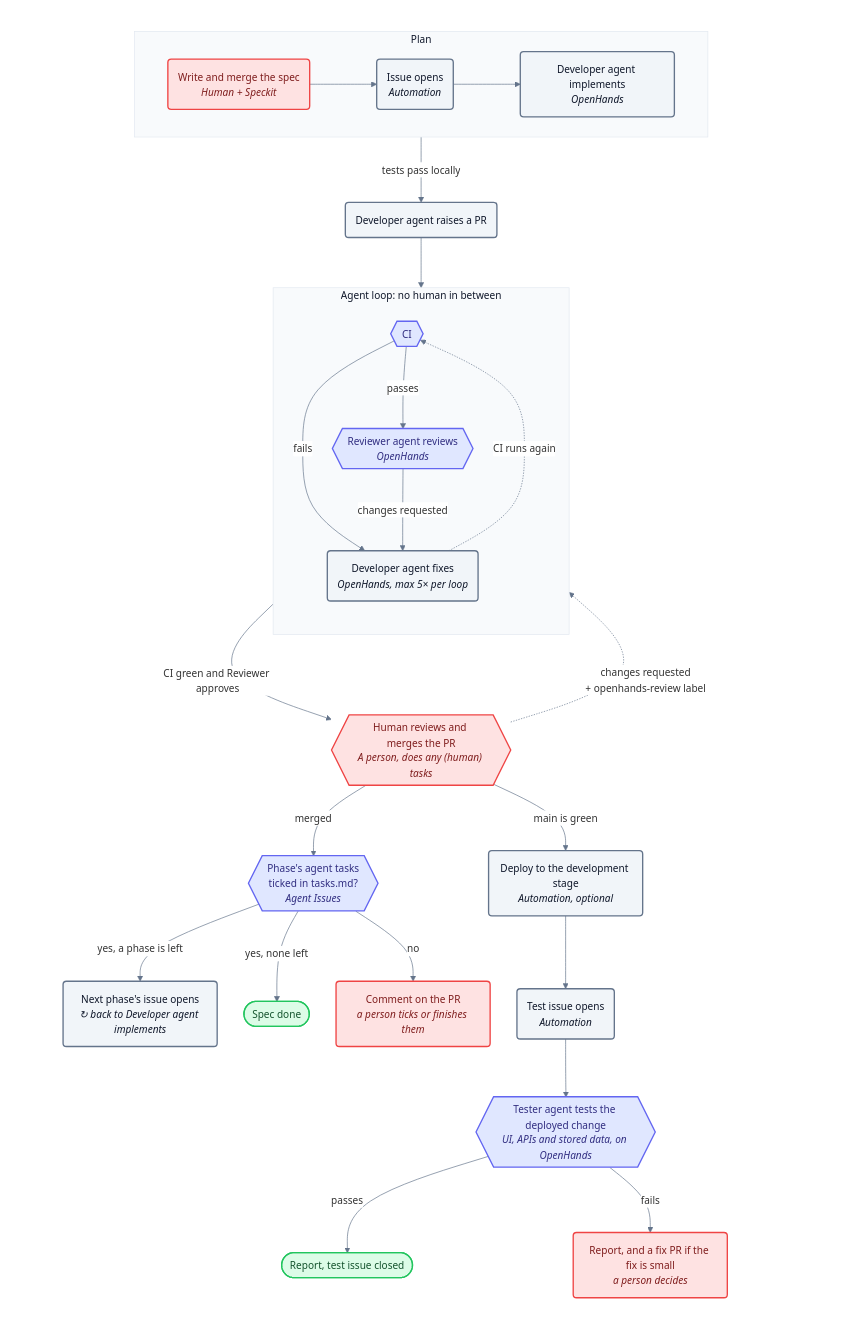
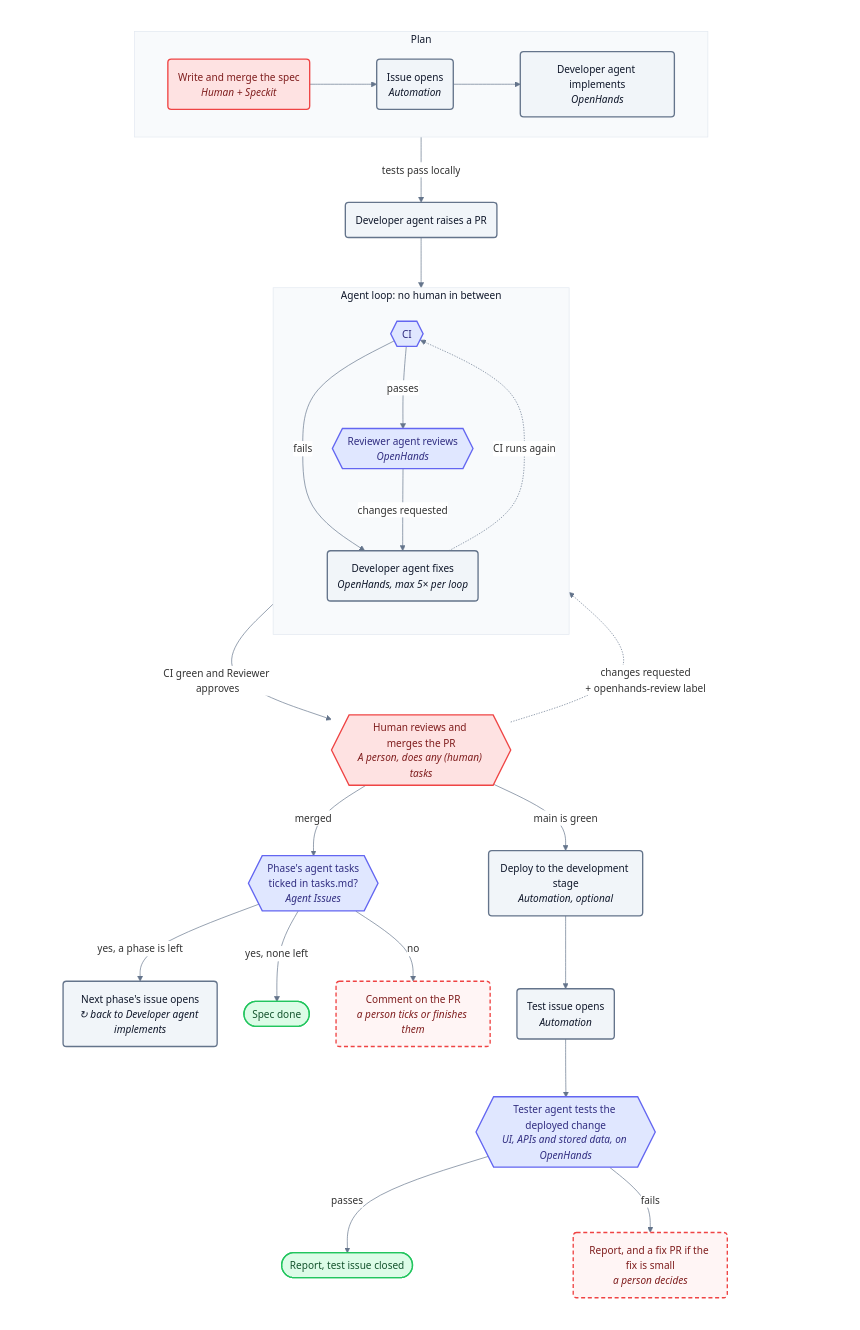
One commit to AlexTo/agentic-sdlc changed the diagram in docs/diagrams/agentic-loop.mmd. Above: the diagram before and after it, drawn with Mermaid. The commit also changed 1 other file, not shown here.

Commit message:
docs: dash the agentic loop's exception boxes
Only the two steps a person always does stay solid red. Commenting on a
PR with unticked tasks and deciding on a failed test only happen when
something goes wrong.

```diff
--- a/docs/diagrams/agentic-loop.mmd
+++ b/docs/diagrams/agentic-loop.mmd
@@ -1,59 +1,61 @@
 %%{init: {"theme": "base", "flowchart": {"curve": "basis", "nodeSpacing": 40, "rankSpacing": 50}, "themeVariables": {"fontFamily": "Inter, system-ui, sans-serif", "fontSize": "15px", "lineColor": "#64748b", "background": "#ffffff", "textColor": "#0f172a", "titleColor": "#0f172a", "edgeLabelBackground": "#ffffff", "clusterBkg": "#f8fafc", "clusterBorder": "#e2e8f0"}}}%%
 flowchart TB
     subgraph ALL[" "]
     direction TB
     subgraph PLAN["Plan"]
         direction LR
         S("`Write and merge the spec
 _Human + Speckit_`") --> I("`Issue opens
 _Automation_`")
         I --> IMPL("`Developer agent implements
 _OpenHands_`")
     end
 
     subgraph VERIFY["Agent loop: no human in between"]
         direction TB
         CI{{"CI"}} -- "passes" --> AR{{"`Reviewer agent reviews
 _OpenHands_`"}}
         CI -- "fails" --> FIX("`Developer agent fixes
 _OpenHands, max 5× per loop_`")
         AR -- "changes requested" --> FIX
         FIX -. "CI runs again" .-> CI
     end
 
     PLAN -- "tests pass locally" --> PR("Developer agent raises a PR")
     PR --> VERIFY
     VERIFY -- "CI green and Reviewer approves" --> HR{{"`Human reviews and merges the PR
 _A person, does any (human) tasks_`"}}
     HR -- "merged" --> TICK{{"`Phase's agent tasks
 ticked in tasks.md?
 _Agent Issues_`"}}
     TICK -- "yes, a phase is left" --> NEXT("`Next phase's issue opens
 _↻ back to Developer agent implements_`")
     TICK -- "yes, none left" --> Done(["Spec done"])
     TICK -- "no" --> STALL("`Comment on the PR
 _a person ticks or finishes them_`")
     HR -. "changes requested<br/>+ openhands-review label" .-> VERIFY
 
     HR -- "main is green" --> DEPLOY("`Deploy to the development stage
 _Automation, optional_`")
     DEPLOY --> TISSUE("`Test issue opens
 _Automation_`")
     TISSUE --> TEST{{"`Tester agent tests the deployed change
 _UI, APIs and stored data, on OpenHands_`"}}
     TEST -- "passes" --> TDONE(["Report, test issue closed"])
     TEST -- "fails" --> TFAIL("`Report, and a fix PR if the fix is small
 _a person decides_`")
 
     end
     style ALL fill:#ffffff,stroke:#ffffff,color:#ffffff
 
     classDef human fill:#fee2e2,stroke:#ef4444,stroke-width:2px,color:#7f1d1d
+    classDef exception fill:#fff5f5,stroke:#ef4444,stroke-width:2px,stroke-dasharray:6 4,color:#7f1d1d
     classDef agent fill:#f1f5f9,stroke:#64748b,stroke-width:2px,color:#0f172a
     classDef gate fill:#e0e7ff,stroke:#6366f1,stroke-width:2px,color:#312e81
     classDef done fill:#dcfce7,stroke:#22c55e,stroke-width:2px,color:#14532d
     class S human
     class I,IMPL,PR,FIX,NEXT,DEPLOY,TISSUE agent
     class CI,AR,TICK,TEST gate
-    class HR,STALL,TFAIL human
+    class HR human
+    class STALL,TFAIL exception
     class Done,TDONE done
```
